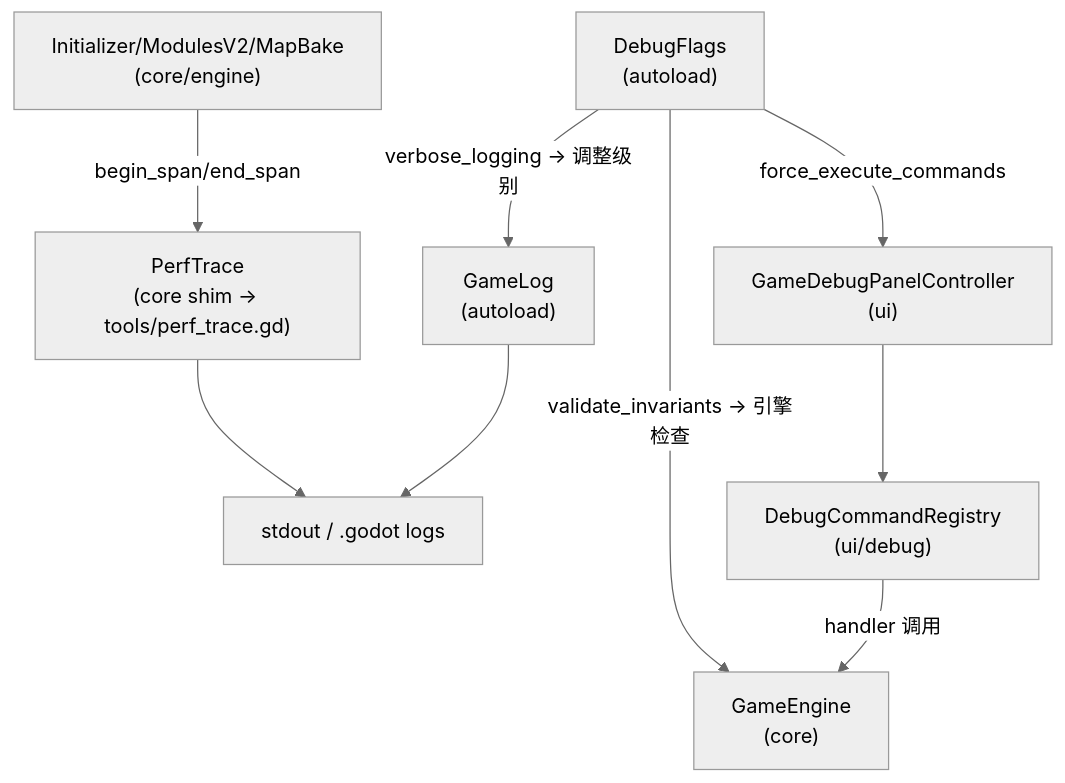
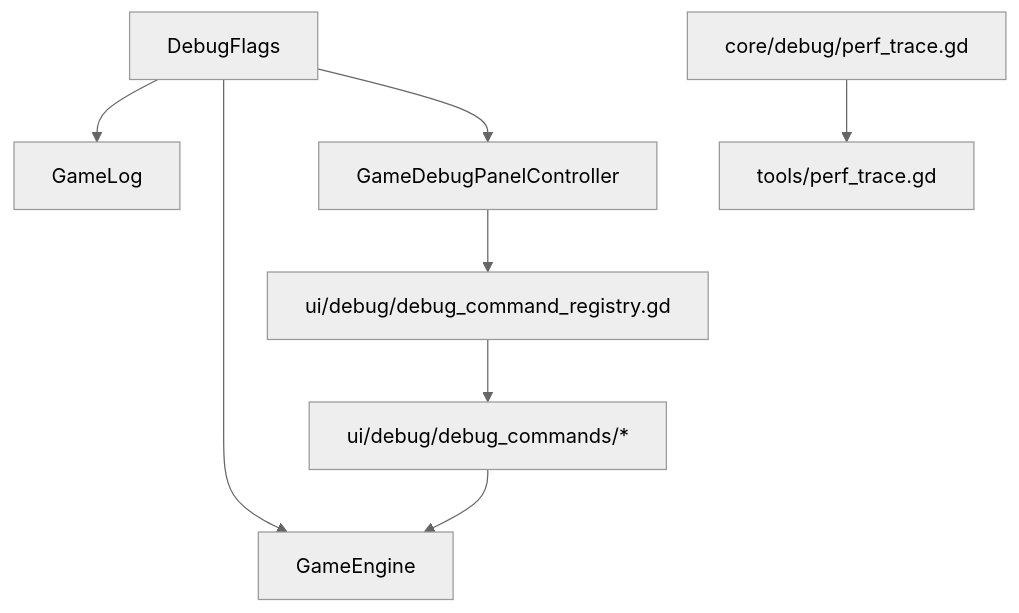
The diagram in docs/architecture/25-debug-and-profiling.md (ygowill/food_chain_magnate), drawn with Mermaid (neutral theme) before and after one commit. The commit also changed other lines of this file and 82 other files, not shown here.

Commit message:
docs: reorganize documentation structure and refresh architecture docs

````diff
--- a/docs/architecture/25-debug-and-profiling.md
+++ b/docs/architecture/25-debug-and-profiling.md
@@ -11,22 +11,17 @@
 ```mermaid
 flowchart TB
-  DebugFlags["DebugFlags\n(autoload)"]
-  GameLog["GameLog\n(autoload)"]
-  DebugPanel["GameDebugPanelController\n(ui)"]
-  CmdReg["DebugCommandRegistry\n(ui/debug)"]
-  GameEngine["GameEngine\n(core)"]
-  PerfTrace["PerfTrace\n(core shim → tools/perf_trace.gd)"]
-  Init["Initializer/ModulesV2/MapBake\n(core/engine)"]
-  Logs["stdout / .godot logs"]
+  DF["DebugFlags"]
+  GL["GameLog"]
+  Panel["GameDebugPanelController"]
+  Reg["ui/debug/debug_command_registry.gd"]
+  Cmds["ui/debug/debug_commands/*"]
+  GE["GameEngine"]
+  PT["core/debug/perf_trace.gd"]
+  Tools["tools/perf_trace.gd"]
 
-  DebugFlags -->|"verbose_logging → 调整级别"| GameLog
-  DebugFlags -->|"validate_invariants → 引擎检查"| GameEngine
-  DebugFlags -->|"force_execute_commands"| DebugPanel
-
-  DebugPanel --> CmdReg
-  CmdReg -->|"handler 调用"| GameEngine
-
-  Init -->|"begin_span/end_span"| PerfTrace
-  PerfTrace --> Logs
-  GameLog --> Logs
+  DF --> GL
+  DF --> GE
+  DF --> Panel
+  Panel --> Reg --> Cmds --> GE
+  PT --> Tools
 ```
````
